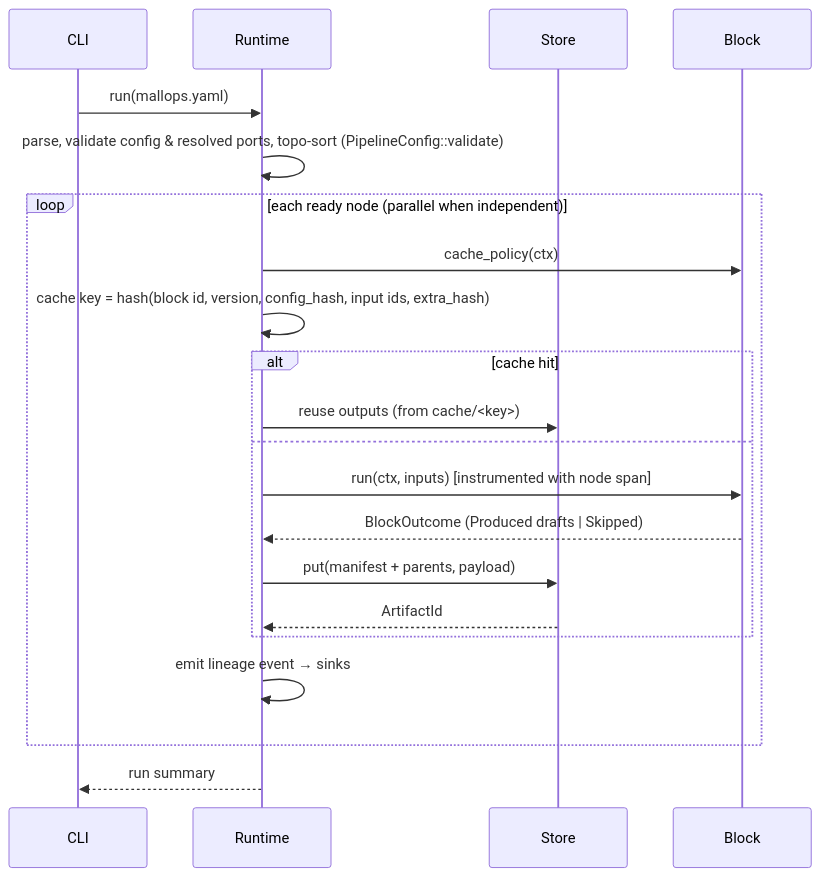
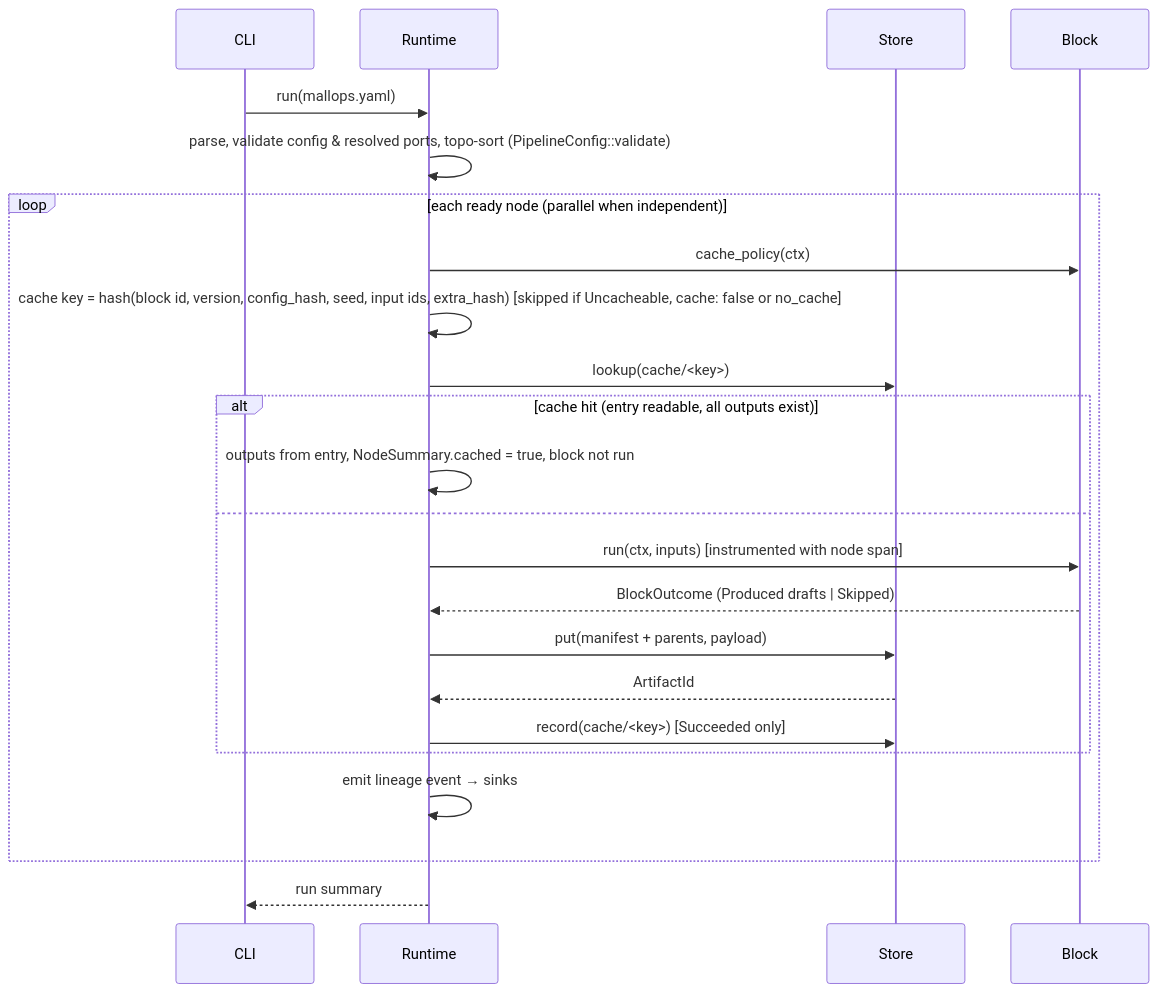
Before and after one commit to bighands2304/mallops: the second of 5 diagrams in docs/ARCHITECTURE.md, drawn with Mermaid. The commit also changed other lines of this file and 5 other files, not shown here.

First line of the commit message:
feat(core): content-hash caching and cache-based resume (#8) (#42)

````diff
--- a/docs/ARCHITECTURE.md
+++ b/docs/ARCHITECTURE.md
@@ -196,23 +198,25 @@
 ```mermaid
 sequenceDiagram
     participant CLI
     participant Core as Runtime
     participant Store
     participant B as Block
     CLI->>Core: run(mallops.yaml)
     Core->>Core: parse, validate config & resolved ports, topo-sort (PipelineConfig::validate)
     loop each ready node (parallel when independent)
         Core->>B: cache_policy(ctx)
-        Core->>Core: cache key = hash(block id, version, config_hash, input ids, extra_hash)
-        alt cache hit
-            Core->>Store: reuse outputs (from cache/<key>)
+        Core->>Core: cache key = hash(block id, version, config_hash, seed, input ids, extra_hash) [skipped if Uncacheable, cache: false or no_cache]
+        Core->>Store: lookup(cache/<key>)
+        alt cache hit (entry readable, all outputs exist)
+            Core->>Core: outputs from entry, NodeSummary.cached = true, block not run
         else
             Core->>B: run(ctx, inputs) [instrumented with node span]
             B-->>Core: BlockOutcome (Produced drafts | Skipped)
             Core->>Store: put(manifest + parents, payload)
             Store-->>Core: ArtifactId
+            Core->>Store: record(cache/<key>) [Succeeded only]
         end
         Core->>Core: emit lineage event → sinks
     end
     Core-->>CLI: run summary
 ```
````
